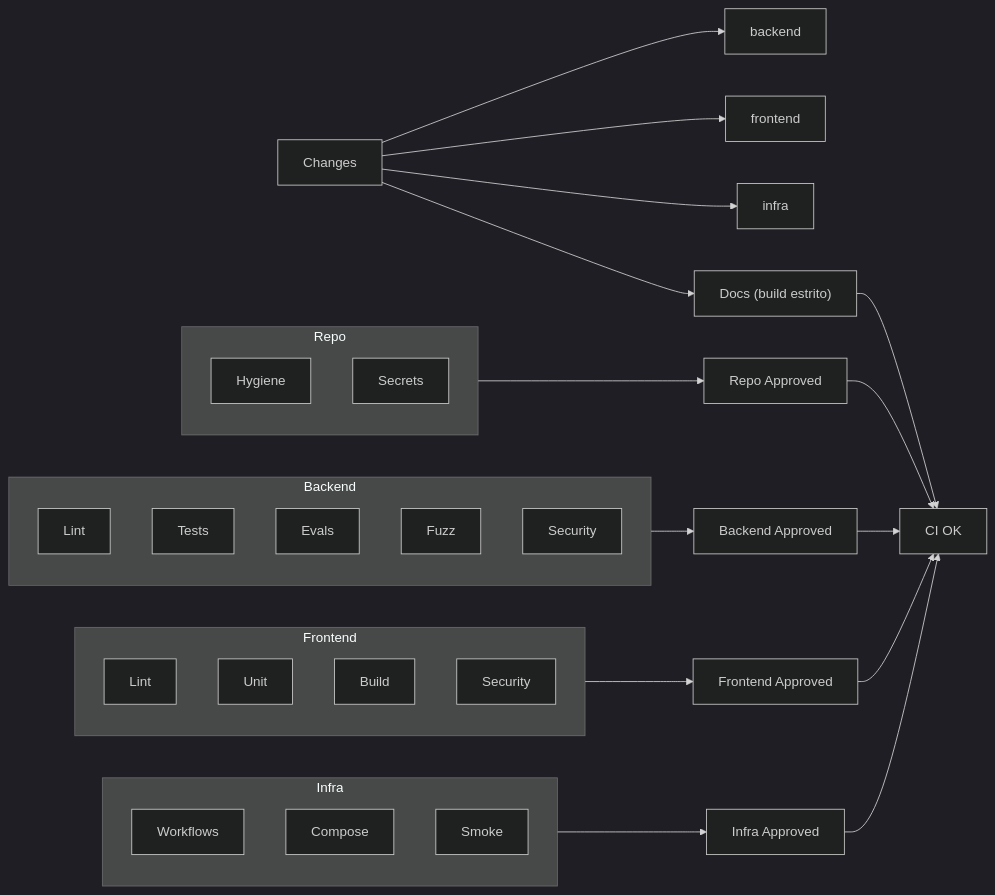
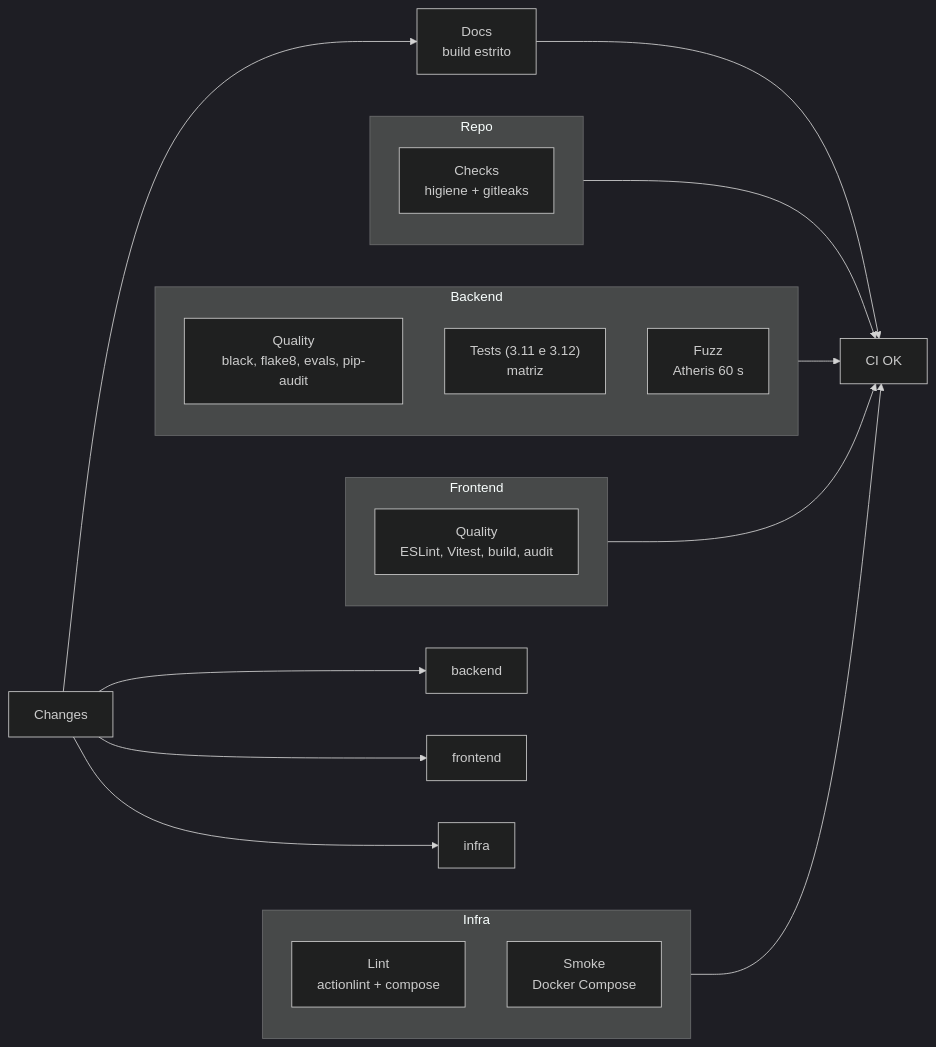
The diagram in docs/development/devops.md (conformia-bndes/conformia-platform), drawn with Mermaid (dark theme) before and after one commit. The commit also changed other lines of this file and 12 other files, not shown here.

````diff
--- a/docs/development/devops.md
+++ b/docs/development/devops.md
@@ -37,35 +38,26 @@
 ```mermaid
 flowchart LR
     changes["Changes"] --> backend & frontend & infra & docs
     subgraph Repo
-        direction TB
-        hy["Hygiene"]
-        se["Secrets"]
+        rc["Checks<br/>higiene + gitleaks"]
     end
     subgraph Backend
         direction TB
-        bl["Lint"]
-        bt["Tests"]
-        be["Evals"]
-        bf["Fuzz"]
-        bs["Security"]
+        bq["Quality<br/>black, flake8, evals, pip-audit"]
+        bt["Tests (3.11 e 3.12)<br/>matriz"]
+        bf["Fuzz<br/>Atheris 60 s"]
     end
     subgraph Frontend
-        direction TB
-        fl["Lint"]
-        fu["Unit"]
-        fb["Build"]
-        fs["Security"]
+        fq["Quality<br/>ESLint, Vitest, build, audit"]
     end
     subgraph Infra
         direction TB
-        iw["Workflows"]
-        ic["Compose"]
-        im["Smoke"]
+        il["Lint<br/>actionlint + compose"]
+        im["Smoke<br/>Docker Compose"]
     end
-    Repo --> ra["Repo Approved"] --> ok["CI OK"]
-    Backend --> ba["Backend Approved"] --> ok
-    Frontend --> fa["Frontend Approved"] --> ok
-    Infra --> ia["Infra Approved"] --> ok
-    docs["Docs (build estrito)"] --> ok
+    Repo --> ok["CI OK"]
+    Backend --> ok
+    Frontend --> ok
+    Infra --> ok
+    docs["Docs<br/>build estrito"] --> ok
 ```
````
